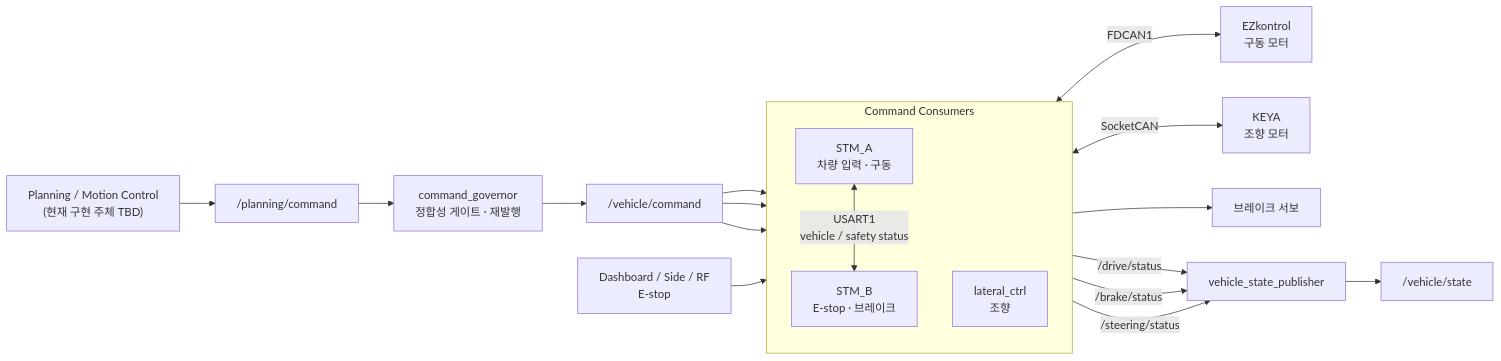
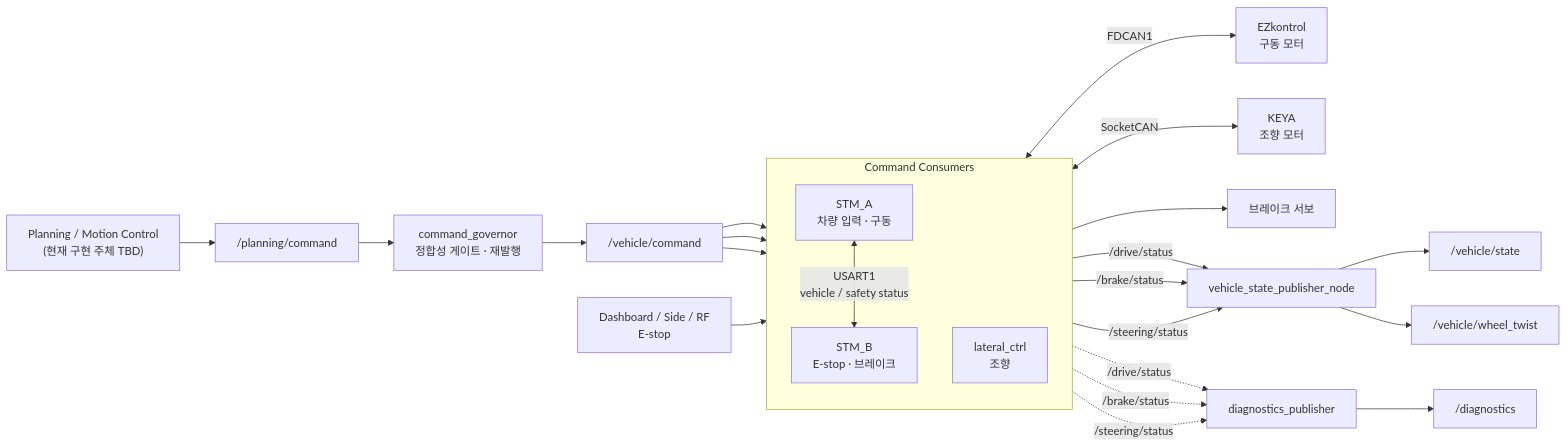
The first of 2 diagrams in docs/ARCHITECTURE.md (shinjuyeop/Control), drawn with Mermaid before and after one commit. The commit also changed other lines of this file and 30 other files, not shown here.

First line of the commit message:
refactor: move vehicle diagnostics into state package

````diff
--- a/docs/ARCHITECTURE.md
+++ b/docs/ARCHITECTURE.md
@@ -15,37 +15,45 @@
 ```mermaid
 flowchart LR
     Planning["Planning / Motion Control<br/>(현재 구현 주체 TBD)"]
     PlanCmd["/planning/command"]
     Governor["command_governor<br/>정합성 게이트 · 재발행"]
     Command["/vehicle/command"]
 
     subgraph Consumers["Command Consumers"]
         direction TB
         STMA["STM_A<br/>차량 입력 · 구동"]
         STMB["STM_B<br/>E-stop · 브레이크"]
         Steering["lateral_ctrl<br/>조향"]
     end
 
     Drive["EZkontrol<br/>구동 모터"]
     Keya["KEYA<br/>조향 모터"]
     Estop["Dashboard / Side / RF<br/>E-stop"]
     Servo["브레이크 서보"]
-    Fusion["vehicle_state_publisher"]
+    Fusion["vehicle_state_publisher_node"]
     State["/vehicle/state"]
+    WheelTwist["/vehicle/wheel_twist"]
+    Diagnostics["diagnostics_publisher"]
+    DiagnosticTopic["/diagnostics"]
 
     Planning --> PlanCmd
     PlanCmd --> Governor
     Governor --> Command
     Command --> STMA
     Command --> STMB
     Command --> Steering
     STMA <-->|"USART1<br/>vehicle / safety status"| STMB
     STMA <-->|"FDCAN1"| Drive
     Steering <-->|"SocketCAN"| Keya
     Estop --> STMB
     STMB --> Servo
     STMA -->|"/drive/status"| Fusion
     STMB -->|"/brake/status"| Fusion
     Steering -->|"/steering/status"| Fusion
     Fusion --> State
+    Fusion --> WheelTwist
+    STMA -.->|"/drive/status"| Diagnostics
+    STMB -.->|"/brake/status"| Diagnostics
+    Steering -.->|"/steering/status"| Diagnostics
+    Diagnostics --> DiagnosticTopic
 ```
````
